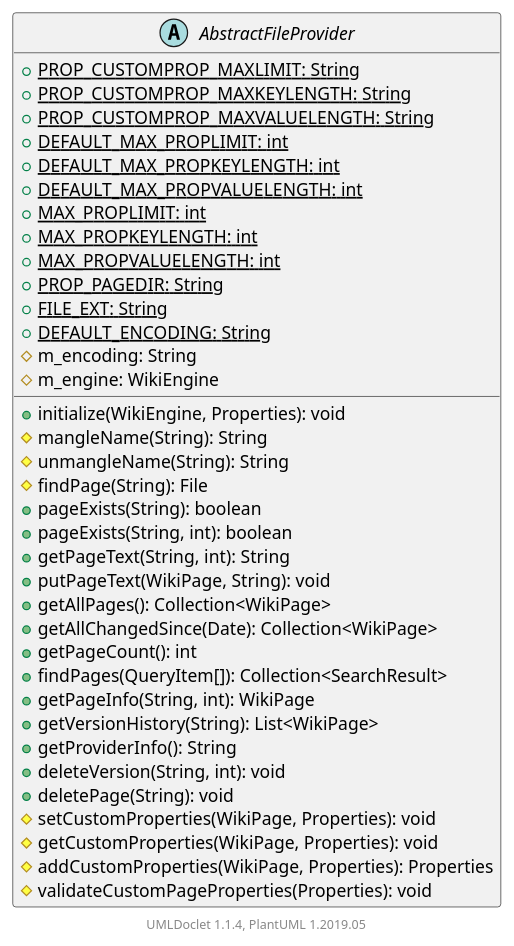
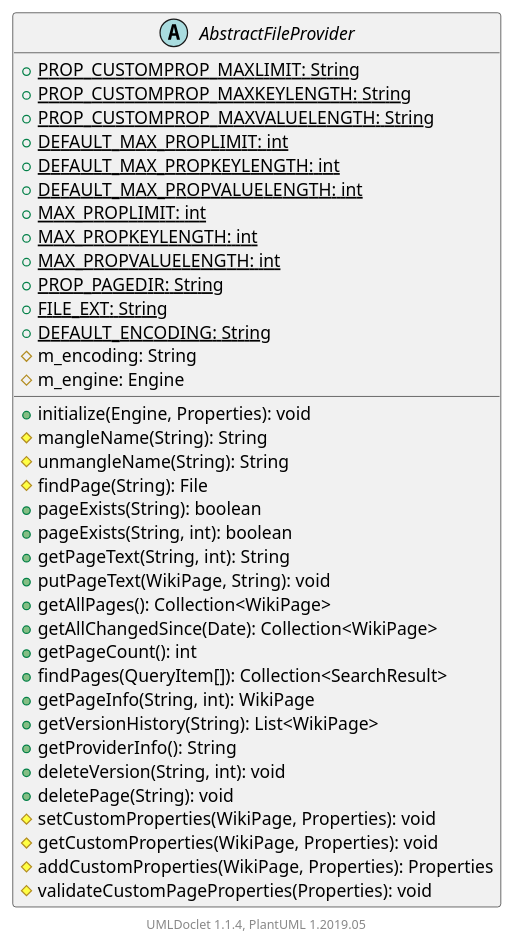
Before and after one commit to apache/jspwiki-site: the diagram in apidocs/2.11.0.M7-SNAPSHOT/org/apache/wiki/providers/AbstractFileProvider.puml, drawn with PlantUML. The commit also changed 1463 other files, not shown here.

```diff
--- a/apidocs/2.11.0.M7-SNAPSHOT/org/apache/wiki/providers/AbstractFileProvider.puml
+++ b/apidocs/2.11.0.M7-SNAPSHOT/org/apache/wiki/providers/AbstractFileProvider.puml
@@ -1,43 +1,43 @@
 @startuml
 
     abstract class AbstractFileProvider [[AbstractFileProvider.html]] {
         {static} +PROP_CUSTOMPROP_MAXLIMIT: String
         {static} +PROP_CUSTOMPROP_MAXKEYLENGTH: String
         {static} +PROP_CUSTOMPROP_MAXVALUELENGTH: String
         {static} +DEFAULT_MAX_PROPLIMIT: int
         {static} +DEFAULT_MAX_PROPKEYLENGTH: int
         {static} +DEFAULT_MAX_PROPVALUELENGTH: int
         {static} +MAX_PROPLIMIT: int
         {static} +MAX_PROPKEYLENGTH: int
         {static} +MAX_PROPVALUELENGTH: int
         {static} +PROP_PAGEDIR: String
         {static} +FILE_EXT: String
         {static} +DEFAULT_ENCODING: String
         #m_encoding: String
-        #m_engine: WikiEngine
-        +initialize(WikiEngine, Properties): void
+        #m_engine: Engine
+        +initialize(Engine, Properties): void
         #mangleName(String): String
         #unmangleName(String): String
         #findPage(String): File
         +pageExists(String): boolean
         +pageExists(String, int): boolean
         +getPageText(String, int): String
         +putPageText(WikiPage, String): void
         +getAllPages(): Collection<WikiPage>
         +getAllChangedSince(Date): Collection<WikiPage>
         +getPageCount(): int
         +findPages(QueryItem[]): Collection<SearchResult>
         +getPageInfo(String, int): WikiPage
         +getVersionHistory(String): List<WikiPage>
         +getProviderInfo(): String
         +deleteVersion(String, int): void
         +deletePage(String): void
         #setCustomProperties(WikiPage, Properties): void
         #getCustomProperties(WikiPage, Properties): void
         #addCustomProperties(WikiPage, Properties): Properties
         #validateCustomPageProperties(Properties): void
     }
 
 
     center footer UMLDoclet 1.1.4, PlantUML 1.2019.05
 @enduml
```
